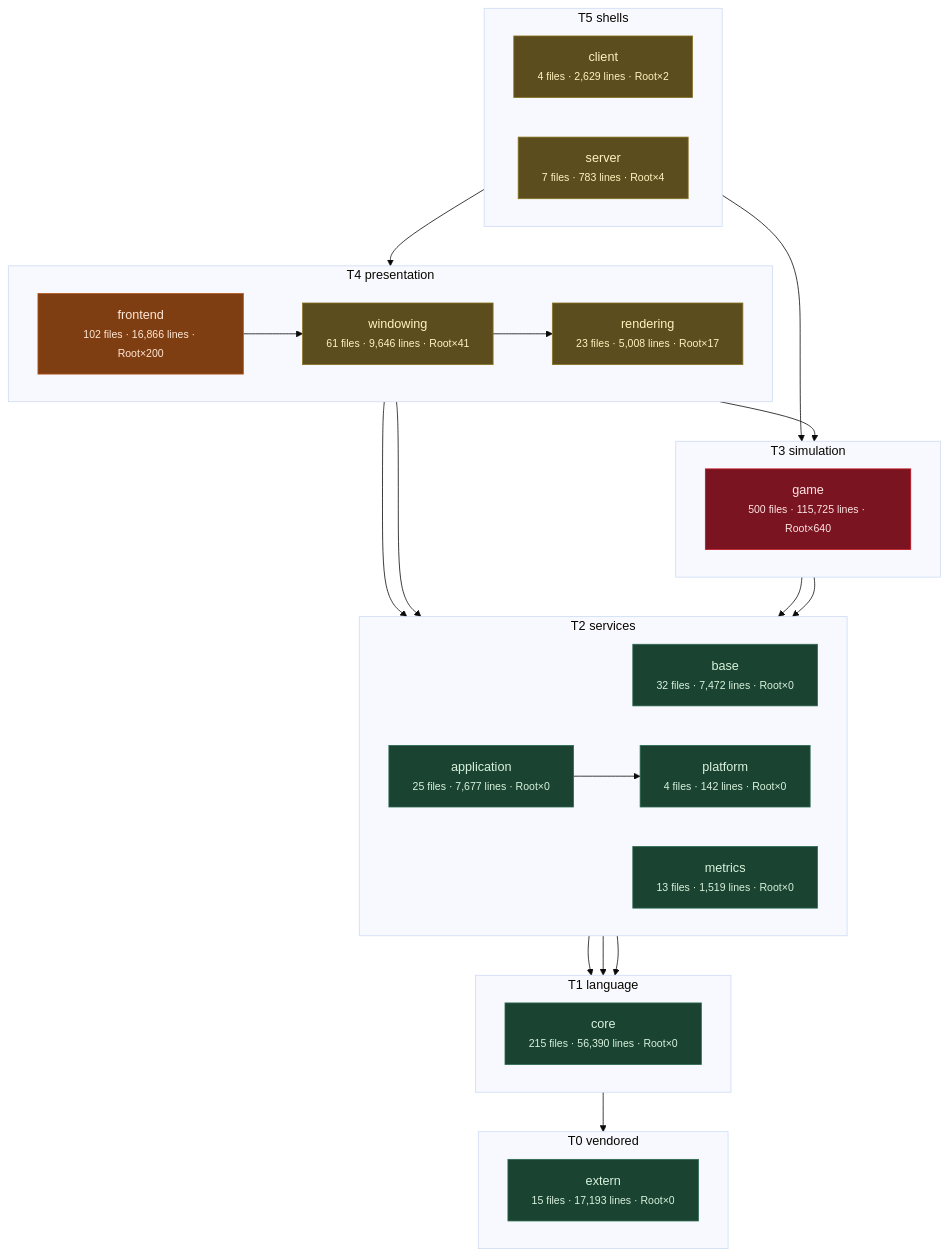
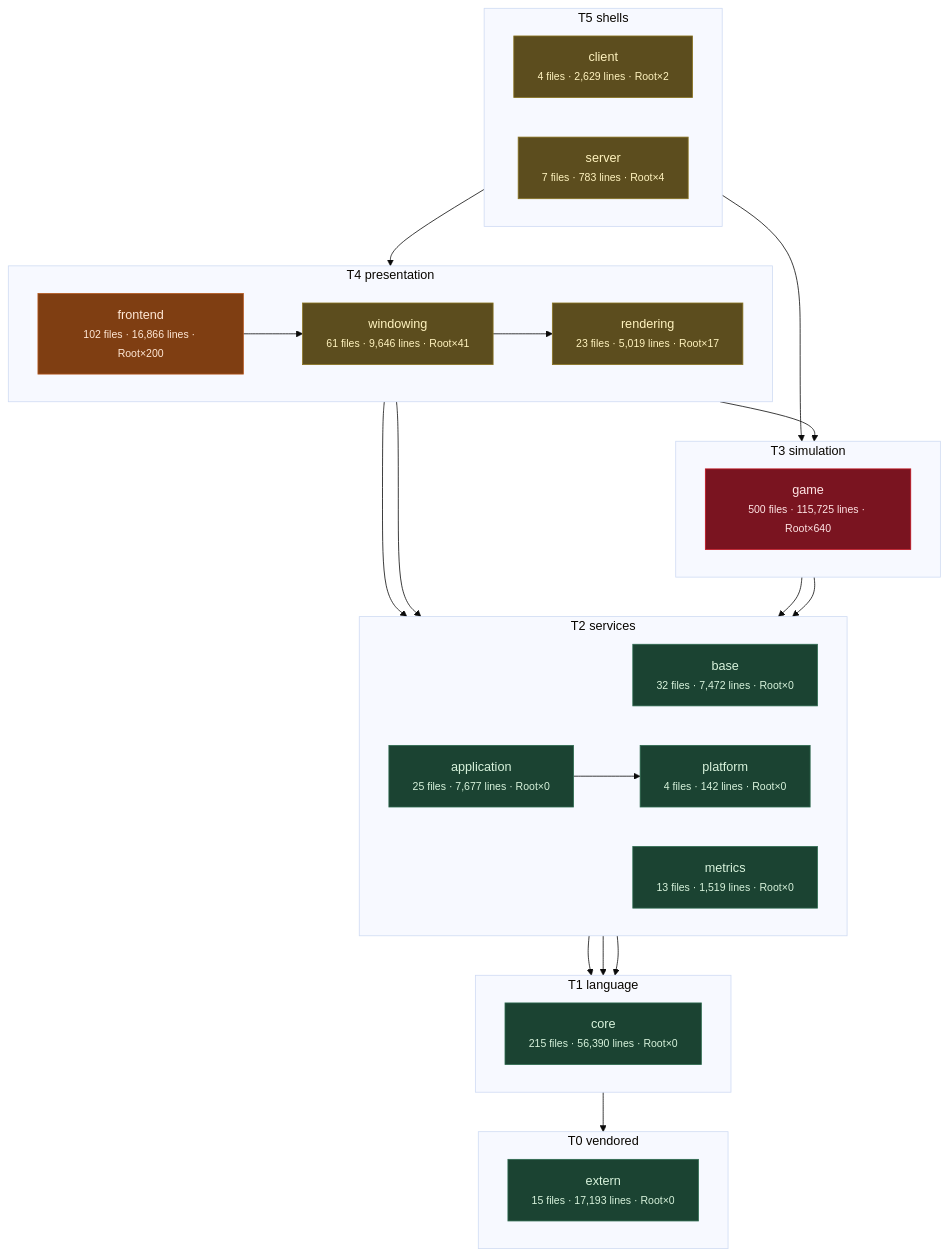
Before and after one commit to apnex/OpenStarbound: the third of 11 diagrams in docs/architecture/system-boundaries.md, drawn with Mermaid (base theme). The commit also changed other lines of this file and 4 other files, not shown here.

````diff
--- a/docs/architecture/system-boundaries.md
+++ b/docs/architecture/system-boundaries.md
@@ -271,55 +271,55 @@
 ```mermaid
 flowchart TD
   subgraph T0["T0 vendored"]
     direction LR
     extern["extern<br/><small>15 files · 17,193 lines · Root×0</small>"]
   end
   subgraph T1["T1 language"]
     direction LR
     core["core<br/><small>215 files · 56,390 lines · Root×0</small>"]
   end
   subgraph T2["T2 services"]
     direction LR
     base["base<br/><small>32 files · 7,472 lines · Root×0</small>"]
     metrics["metrics<br/><small>13 files · 1,519 lines · Root×0</small>"]
     platform["platform<br/><small>4 files · 142 lines · Root×0</small>"]
     application["application<br/><small>25 files · 7,677 lines · Root×0</small>"]
   end
   subgraph T3["T3 simulation"]
     direction LR
     game["game<br/><small>500 files · 115,725 lines · Root×640</small>"]
   end
   subgraph T4["T4 presentation"]
     direction LR
-    rendering["rendering<br/><small>23 files · 5,008 lines · Root×17</small>"]
+    rendering["rendering<br/><small>23 files · 5,019 lines · Root×17</small>"]
     windowing["windowing<br/><small>61 files · 9,646 lines · Root×41</small>"]
     frontend["frontend<br/><small>102 files · 16,866 lines · Root×200</small>"]
   end
   subgraph T5["T5 shells"]
     direction LR
     client["client<br/><small>4 files · 2,629 lines · Root×2</small>"]
     server["server<br/><small>7 files · 783 lines · Root×4</small>"]
   end
   core --> extern
   base --> core
   metrics --> core
   platform --> core
   application --> platform
   game --> base
   game --> platform
   rendering --> application
   rendering --> game
   windowing --> rendering
   frontend --> metrics
   frontend --> windowing
   client --> frontend
   server --> game
   classDef clean fill:#1b4332,stroke:#2d6a4f,color:#d8f3dc
   classDef warm  fill:#5c4d1e,stroke:#8a7420,color:#fff3bf
   classDef hot   fill:#7f3e12,stroke:#b5561b,color:#ffe8d6
   classDef blaze fill:#7a1420,stroke:#c1121f,color:#ffe5e5
   class extern,core,base,metrics,platform,application clean
   class rendering,windowing,client,server warm
   class frontend hot
   class game blaze
 ```
````
